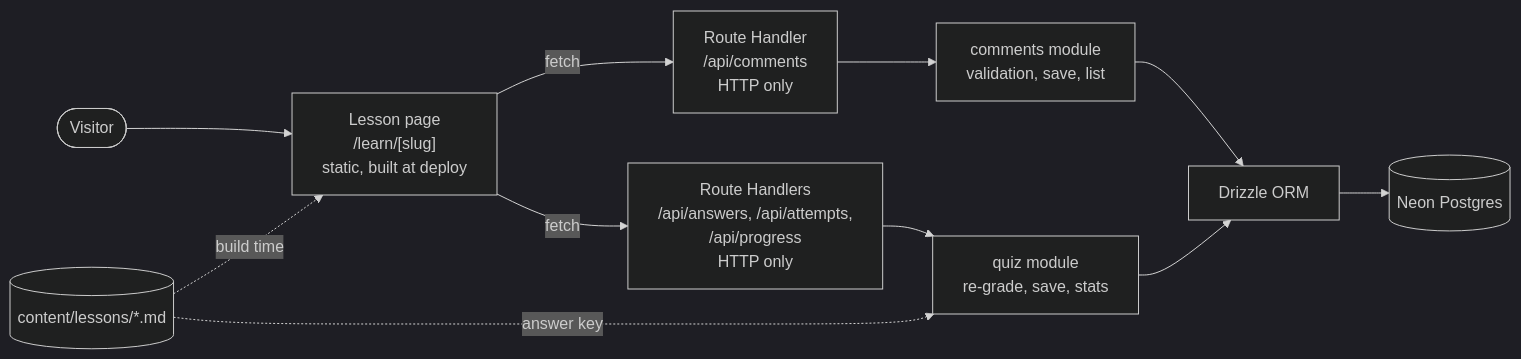
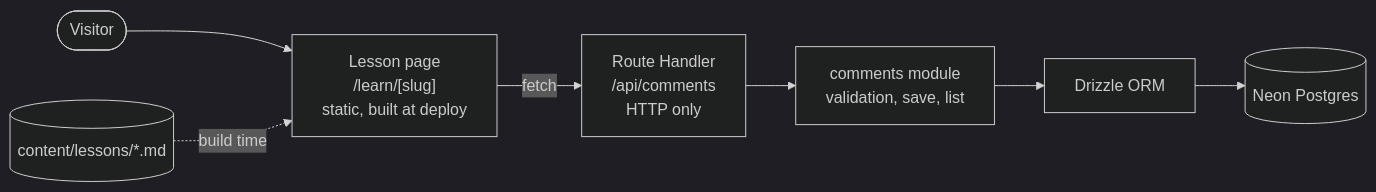
Before and after one commit to SiddharthMuramkar/idea-to-shipped: the diagram in README.md, drawn with Mermaid (dark theme). The commit also changed other lines of this file and 11 other files, not shown here.

````diff
--- a/README.md
+++ b/README.md
@@ -64,13 +66,9 @@
 ```mermaid
 flowchart LR
     V([Visitor]) --> P["Lesson page<br/>/learn/[slug]<br/>static, built at deploy"]
     MD[("content/lessons/*.md")] -. build time .-> P
     P -- "fetch" --> RC["Route Handler<br/>/api/comments<br/>HTTP only"]
-    P -- "fetch" --> RQ["Route Handlers<br/>/api/answers, /api/attempts,<br/>/api/progress<br/>HTTP only"]
     RC --> C["comments module<br/>validation, save, list"]
-    RQ --> Q["quiz module<br/>re-grade, save, stats"]
-    MD -. answer key .-> Q
     C --> D["Drizzle ORM"]
-    Q --> D
     D --> N[("Neon Postgres")]
 ```
````
